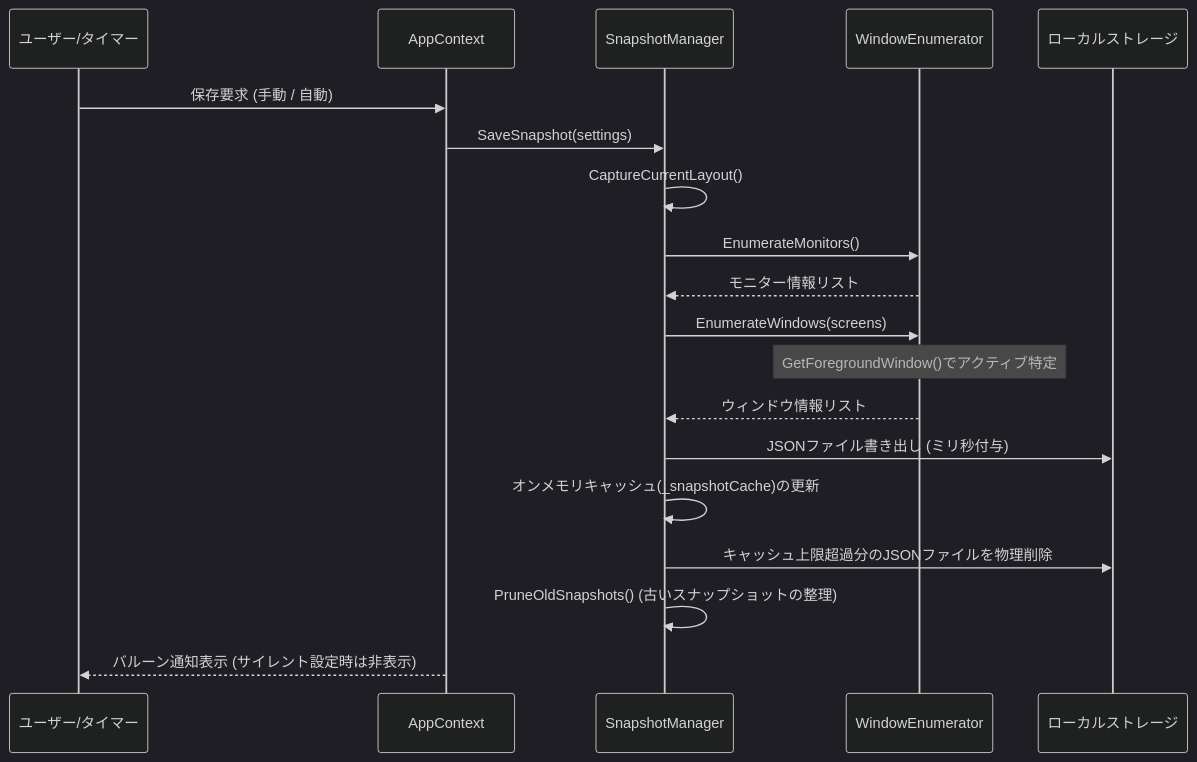
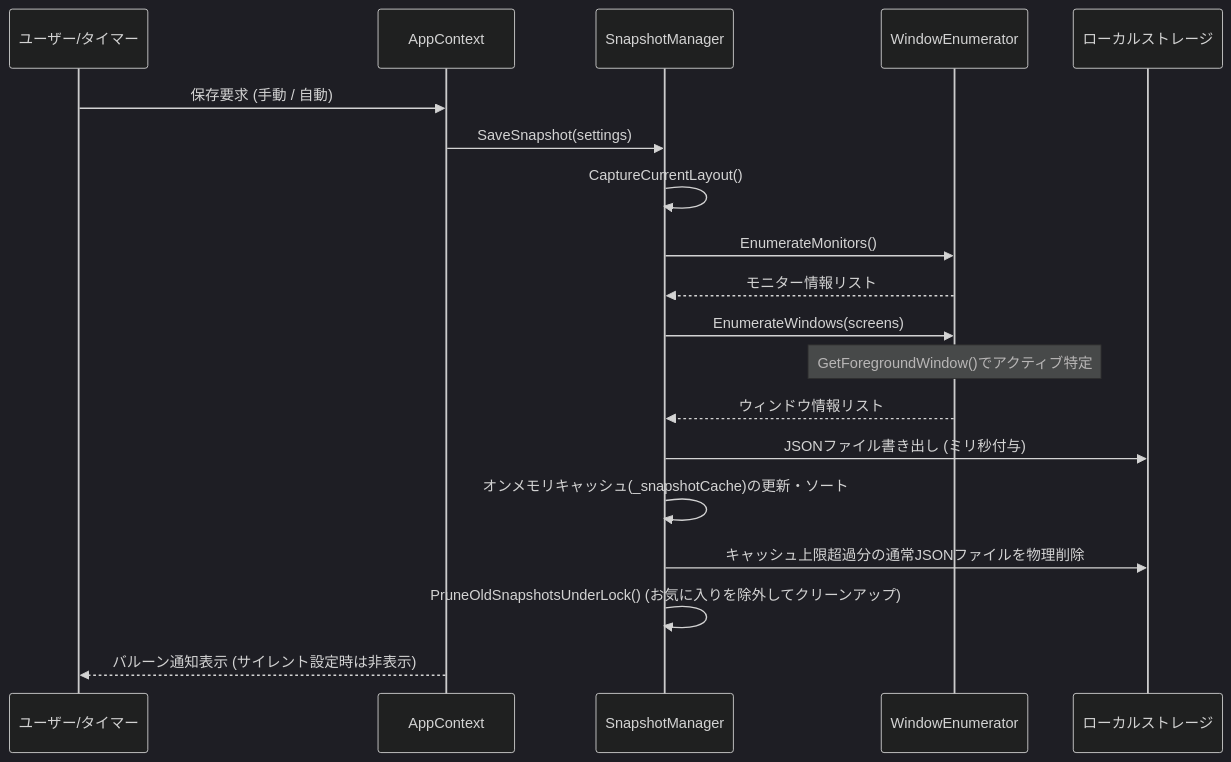
One commit to hamano1204/snapback-layout changed the first of 2 diagrams in design_document.md. Above: the diagram before and after it, drawn with Mermaid (dark theme). The commit also changed other lines of this file and 7 other files, not shown here.

````diff
--- a/design_document.md
+++ b/design_document.md
@@ -145,22 +164,22 @@
 ```mermaid
 sequenceDiagram
     participant U as ユーザー/タイマー
     participant AC as AppContext
     participant SM as SnapshotManager
     participant WE as WindowEnumerator
     participant F as ローカルストレージ
     
     U->>AC: 保存要求 (手動 / 自動)
     AC->>SM: SaveSnapshot(settings)
     SM->>SM: CaptureCurrentLayout()
     SM->>WE: EnumerateMonitors()
     WE-->>SM: モニター情報リスト
     SM->>WE: EnumerateWindows(screens)
     Note over WE: GetForegroundWindow()でアクティブ特定
     WE-->>SM: ウィンドウ情報リスト
     SM->>F: JSONファイル書き出し (ミリ秒付与)
-    SM->>SM: オンメモリキャッシュ(_snapshotCache)の更新
-    SM->>F: キャッシュ上限超過分のJSONファイルを物理削除
-    SM->>SM: PruneOldSnapshots() (古いスナップショットの整理)
+    SM->>SM: オンメモリキャッシュ(_snapshotCache)の更新・ソート
+    SM->>F: キャッシュ上限超過分の通常JSONファイルを物理削除
+    SM->>SM: PruneOldSnapshotsUnderLock() (お気に入りを除外してクリーンアップ)
     AC-->>U: バルーン通知表示 (サイレント設定時は非表示)
 ```
````
